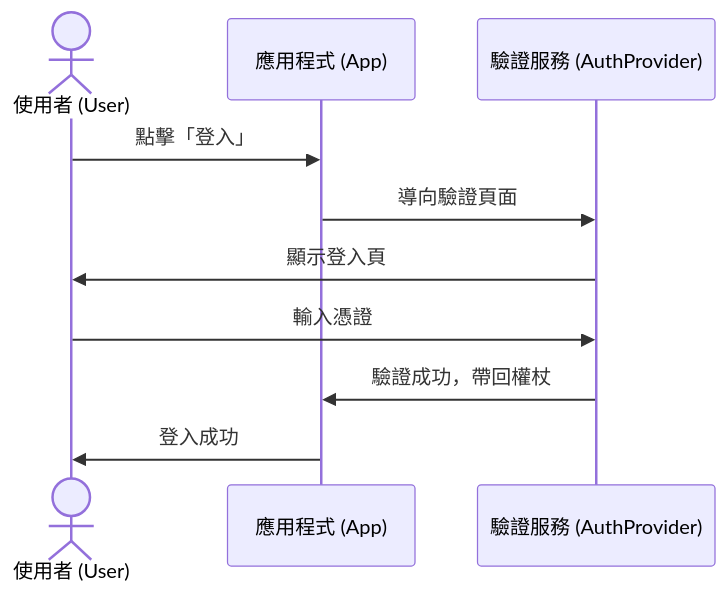
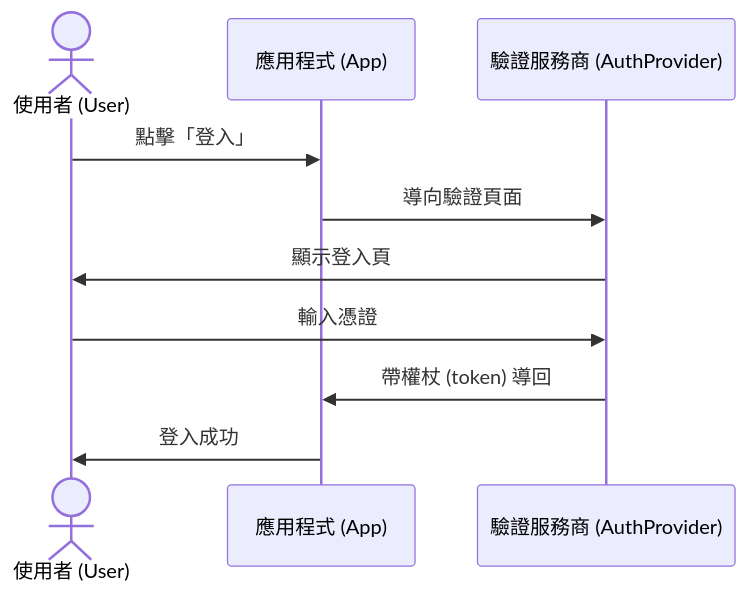
Before and after one commit to logto-io/docs: the first of 7 diagrams in i18n/zh-TW/docusaurus-plugin-content-docs/current/use-cases/multi-tenancy/build-multi-tenant-saas-application.mdx, drawn with Mermaid. The commit also changed other lines of this file and 74 other files, not shown here.

````diff
--- a/i18n/zh-TW/docusaurus-plugin-content-docs/current/use-cases/multi-tenancy/build-multi-tenant-saas-application.mdx
+++ b/i18n/zh-TW/docusaurus-plugin-content-docs/current/use-cases/multi-tenancy/build-multi-tenant-saas-application.mdx
@@ -186,13 +186,13 @@
 ```mermaid
 sequenceDiagram
   actor u as 使用者 (User)
   participant a as 應用程式 (App)
-  participant auth as 驗證服務 (AuthProvider)
+  participant auth as 驗證服務商 (AuthProvider)
 
   u->>a: 點擊「登入」
   a->>auth: 導向驗證頁面
   auth->>u: 顯示登入頁
   u->>auth: 輸入憑證
-  auth->>a: 驗證成功，帶回權杖
+  auth->>a: 帶權杖 (token) 導回
   a->>u: 登入成功
 ```
````
